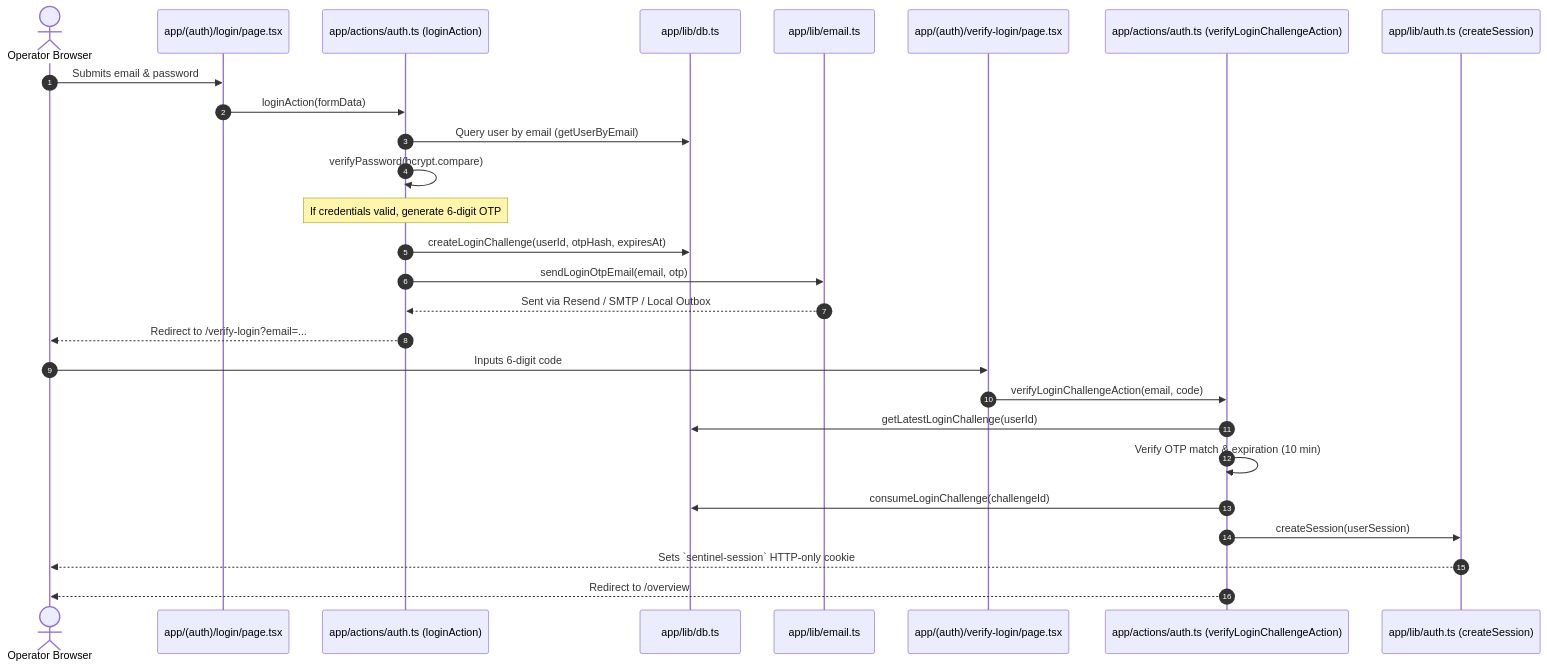
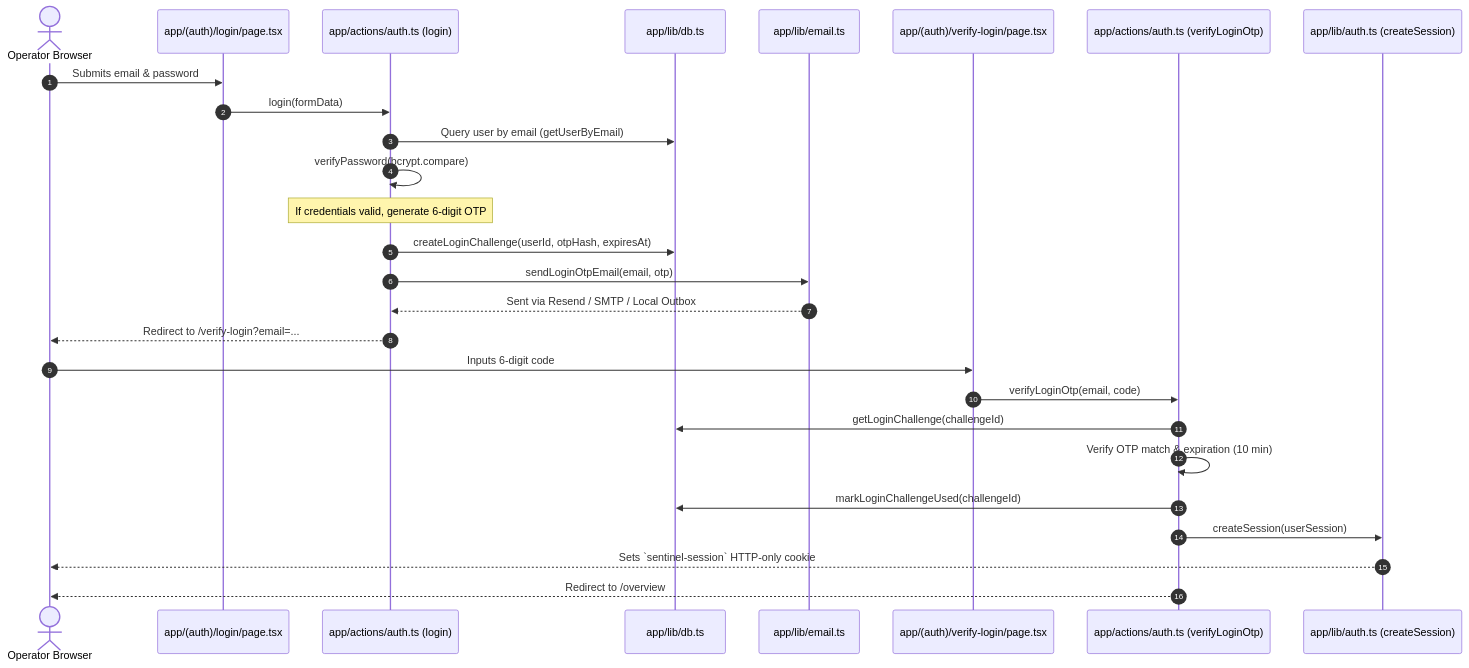
The diagram in REQUEST_FLOW.md (ShubhJain09/sentinel), drawn with Mermaid before and after one commit. The commit also changed other lines of this file and 10 other files, not shown here.

````diff
--- a/REQUEST_FLOW.md
+++ b/REQUEST_FLOW.md
@@ -9,30 +9,30 @@
 ```mermaid
 sequenceDiagram
     autonumber
     actor User as Operator Browser
     participant Page as app/(auth)/login/page.tsx
-    participant Action as app/actions/auth.ts (loginAction)
+    participant Action as app/actions/auth.ts (login)
     participant DB as app/lib/db.ts
     participant Mailer as app/lib/email.ts
     participant VerifyPage as app/(auth)/verify-login/page.tsx
-    participant VerifyAction as app/actions/auth.ts (verifyLoginChallengeAction)
+    participant VerifyAction as app/actions/auth.ts (verifyLoginOtp)
     participant Auth as app/lib/auth.ts (createSession)
 
     User->>Page: Submits email & password
-    Page->>Action: loginAction(formData)
+    Page->>Action: login(formData)
     Action->>DB: Query user by email (getUserByEmail)
     Action->>Action: verifyPassword(bcrypt.compare)
     Note over Action: If credentials valid, generate 6-digit OTP
     Action->>DB: createLoginChallenge(userId, otpHash, expiresAt)
     Action->>Mailer: sendLoginOtpEmail(email, otp)
     Mailer-->>Action: Sent via Resend / SMTP / Local Outbox
     Action-->>User: Redirect to /verify-login?email=...
     User->>VerifyPage: Inputs 6-digit code
-    VerifyPage->>VerifyAction: verifyLoginChallengeAction(email, code)
-    VerifyAction->>DB: getLatestLoginChallenge(userId)
+    VerifyPage->>VerifyAction: verifyLoginOtp(email, code)
+    VerifyAction->>DB: getLoginChallenge(challengeId)
     VerifyAction->>VerifyAction: Verify OTP match & expiration (10 min)
-    VerifyAction->>DB: consumeLoginChallenge(challengeId)
+    VerifyAction->>DB: markLoginChallengeUsed(challengeId)
     VerifyAction->>Auth: createSession(userSession)
     Auth-->>User: Sets `sentinel-session` HTTP-only cookie
     VerifyAction-->>User: Redirect to /overview
 ```
````
